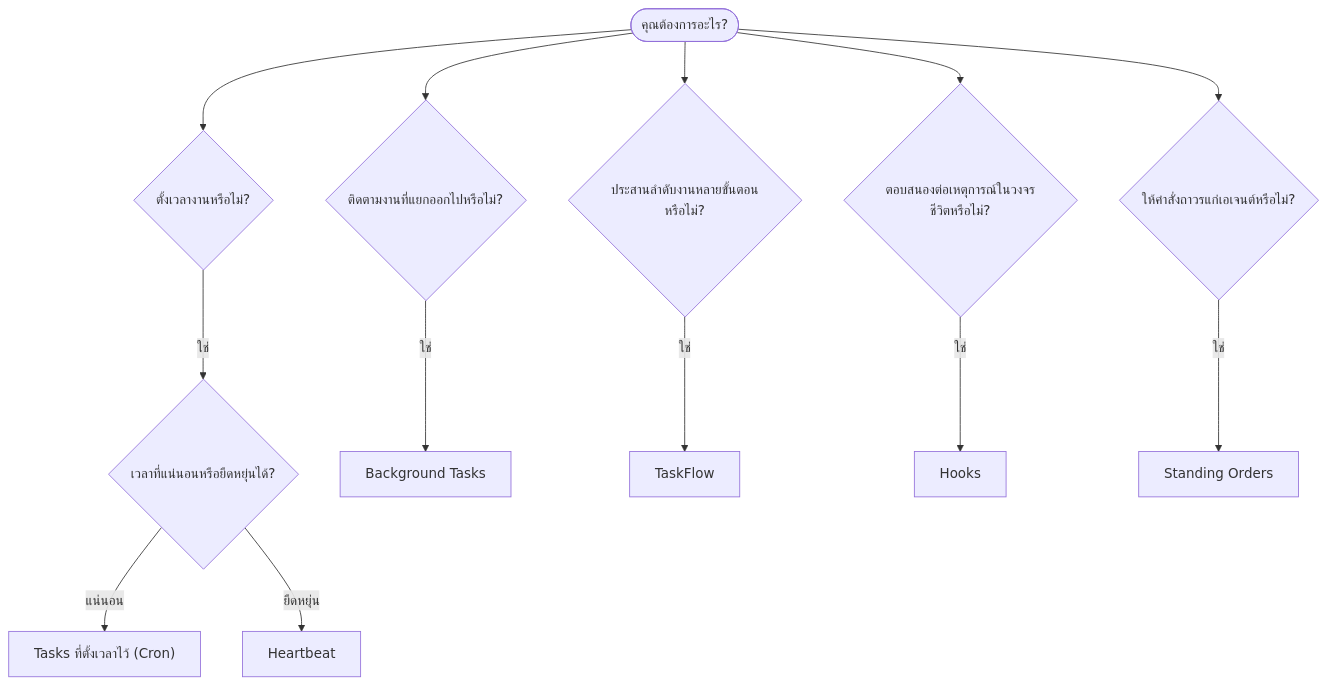
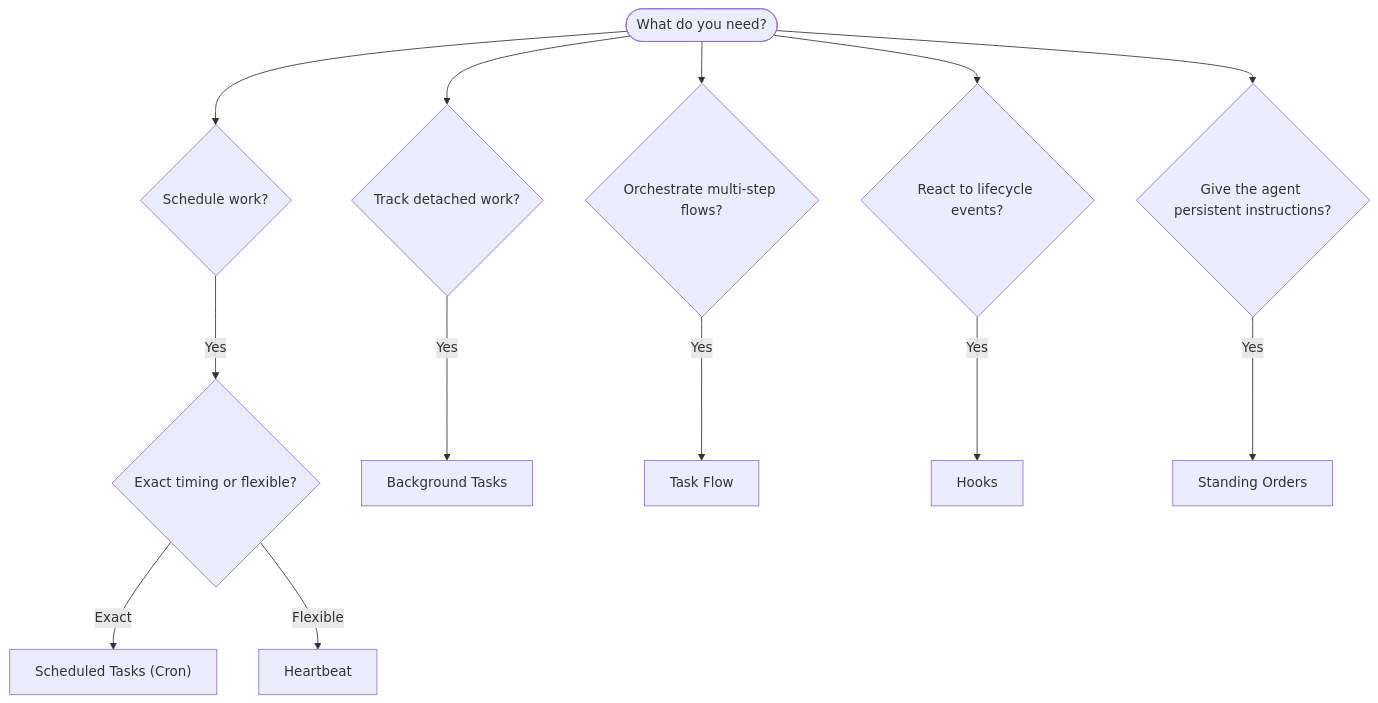
One commit to daichangya/openclaw-docs changed the diagram in docs/th/automation/index.md. Above: the diagram before and after it, drawn with Mermaid. The commit also changed other lines of this file and 440 other files, not shown here.

````diff
--- a/docs/th/automation/index.md
+++ b/docs/th/automation/index.md
@@ -23,17 +21,17 @@
 ```mermaid
 flowchart TD
-    START([คุณต้องการอะไร?]) --> Q1{ตั้งเวลางานหรือไม่?}
-    START --> Q2{ติดตามงานที่แยกออกไปหรือไม่?}
-    START --> Q3{ประสานลำดับงานหลายขั้นตอนหรือไม่?}
-    START --> Q4{ตอบสนองต่อเหตุการณ์ในวงจรชีวิตหรือไม่?}
-    START --> Q5{ให้คำสั่งถาวรแก่เอเจนต์หรือไม่?}
+    START([What do you need?]) --> Q1{Schedule work?}
+    START --> Q2{Track detached work?}
+    START --> Q3{Orchestrate multi-step flows?}
+    START --> Q4{React to lifecycle events?}
+    START --> Q5{Give the agent persistent instructions?}
 
-    Q1 -->|ใช่| Q1a{เวลาที่แน่นอนหรือยืดหยุ่นได้?}
-    Q1a -->|แน่นอน| CRON["Tasks ที่ตั้งเวลาไว้ (Cron)"]
-    Q1a -->|ยืดหยุ่น| HEARTBEAT[Heartbeat]
+    Q1 -->|Yes| Q1a{Exact timing or flexible?}
+    Q1a -->|Exact| CRON["Scheduled Tasks (Cron)"]
+    Q1a -->|Flexible| HEARTBEAT[Heartbeat]
 
-    Q2 -->|ใช่| TASKS[Background Tasks]
-    Q3 -->|ใช่| FLOW[TaskFlow]
-    Q4 -->|ใช่| HOOKS[Hooks]
-    Q5 -->|ใช่| SO[Standing Orders]
+    Q2 -->|Yes| TASKS[Background Tasks]
+    Q3 -->|Yes| FLOW[Task Flow]
+    Q4 -->|Yes| HOOKS[Hooks]
+    Q5 -->|Yes| SO[Standing Orders]
 ```
````
